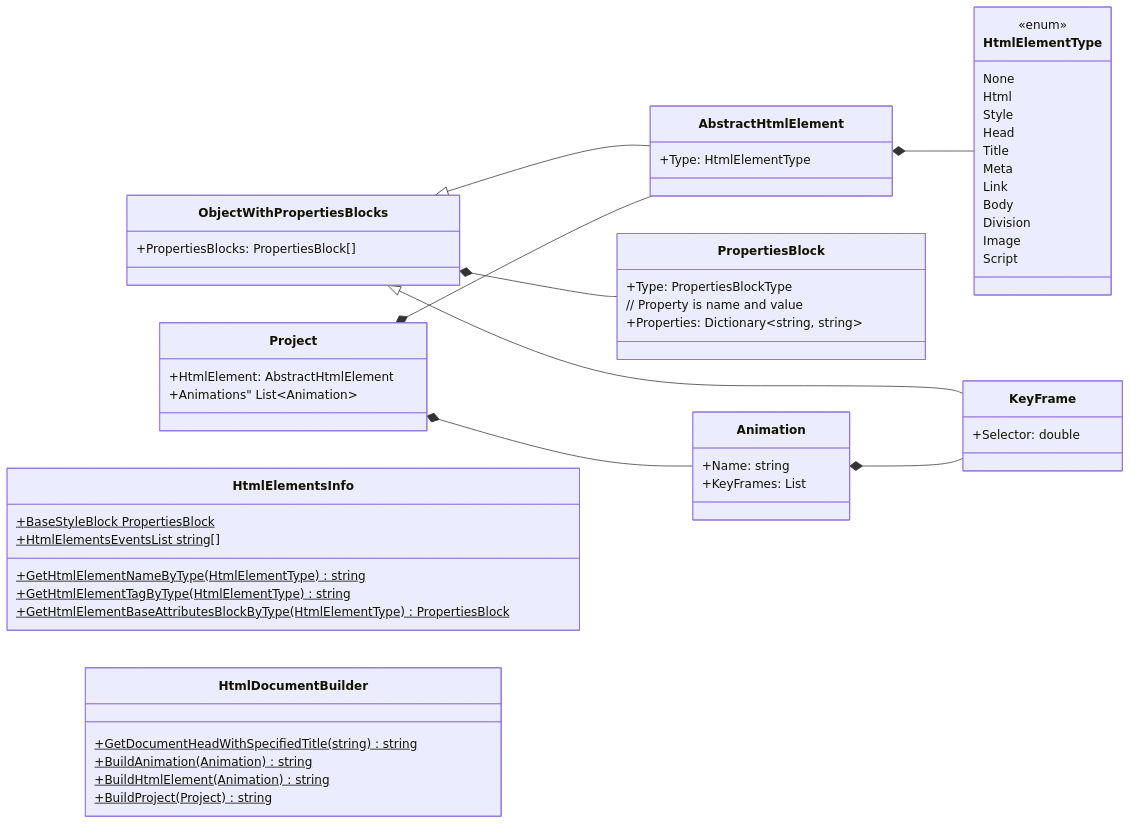
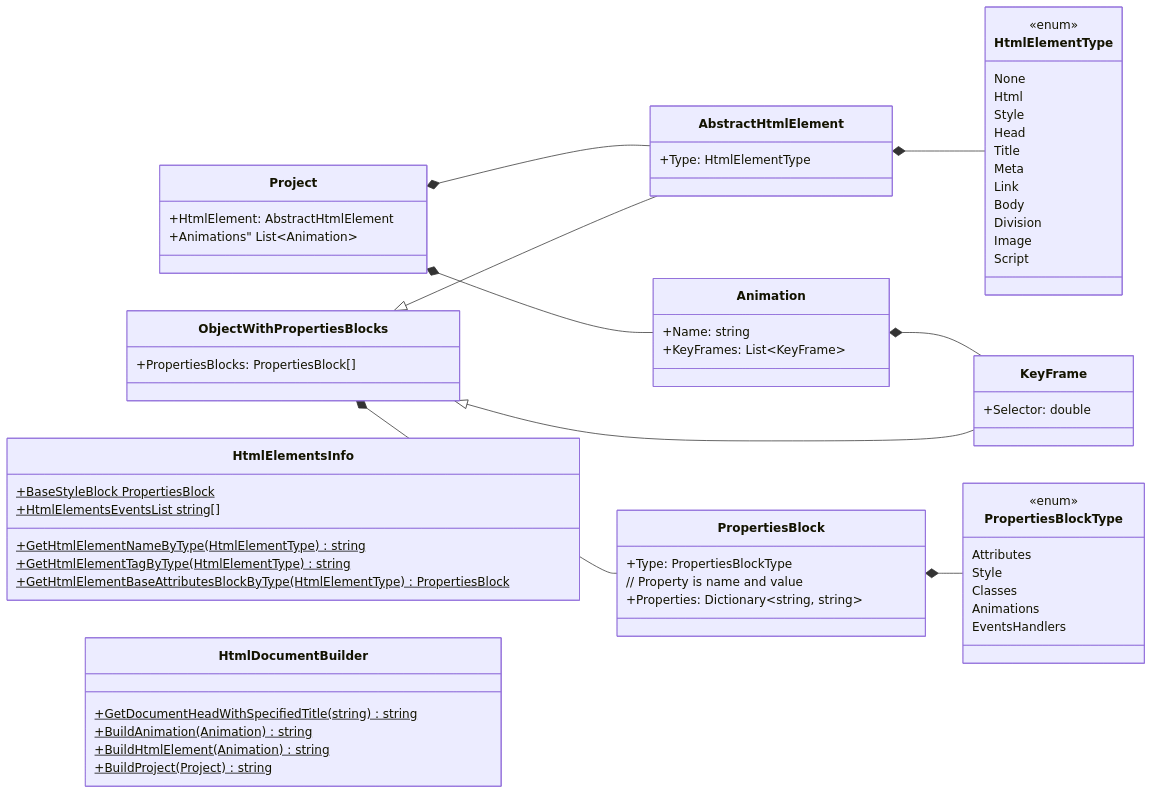
The diagram in Descriptions/Class diagram.md (NemoNology/WebAnimEdit), drawn with Mermaid before and after one commit.

Commit message:
Class diagram: added 'properties Block type' enum

````diff
--- a/Descriptions/Class diagram.md
+++ b/Descriptions/Class diagram.md
@@ -3,60 +3,69 @@
 ```mermaid
 classDiagram
     direction LR
     class AbstractHtmlElement{
         +Type: HtmlElementType
     }
     class ObjectWithPropertiesBlocks{
         +PropertiesBlocks: PropertiesBlock[]
     }
     class PropertiesBlock{
         +Type: PropertiesBlockType
         // Property is name and value
         +Properties: Dictionary~string, string~
     }
     class Animation{
         +Name: string
-        +KeyFrames: List<KeyFrame>
+        +KeyFrames: List~KeyFrame~
     }
     class KeyFrame{
         +Selector: double
     }
     class Project{
         +HtmlElement: AbstractHtmlElement
         +Animations" List~Animation~
     }
     class HtmlElementType{
         <<enum>>
         None
         Html
         Style        
         Head
         Title
         Meta
         Link
         Body
         Division
         Image
         Script
     }
+    class PropertiesBlockType{
+        <<enum>>
+        Attributes
+        Style
+        Classes
+        Animations
+        EventsHandlers
+    }
     class HtmlElementsInfo{
         +GetHtmlElementNameByType(HtmlElementType) string$
         +GetHtmlElementTagByType(HtmlElementType) string$
         +GetHtmlElementBaseAttributesBlockByType(HtmlElementType) PropertiesBlock$
         +BaseStyleBlock PropertiesBlock$
         +HtmlElementsEventsList string[]$
     }
     class HtmlDocumentBuilder{
         +GetDocumentHeadWithSpecifiedTitle(string) string$
         +BuildAnimation(Animation) string$
         +BuildHtmlElement(Animation) string$
         +BuildProject(Project) string$
     }
     ObjectWithPropertiesBlocks<|--AbstractHtmlElement
     ObjectWithPropertiesBlocks<|--KeyFrame
     ObjectWithPropertiesBlocks*--PropertiesBlock
+    PropertiesBlock*--PropertiesBlockType
     Animation*--KeyFrame
     AbstractHtmlElement*--HtmlElementType
     Project*--AbstractHtmlElement
     Project*--Animation
 ```
````
